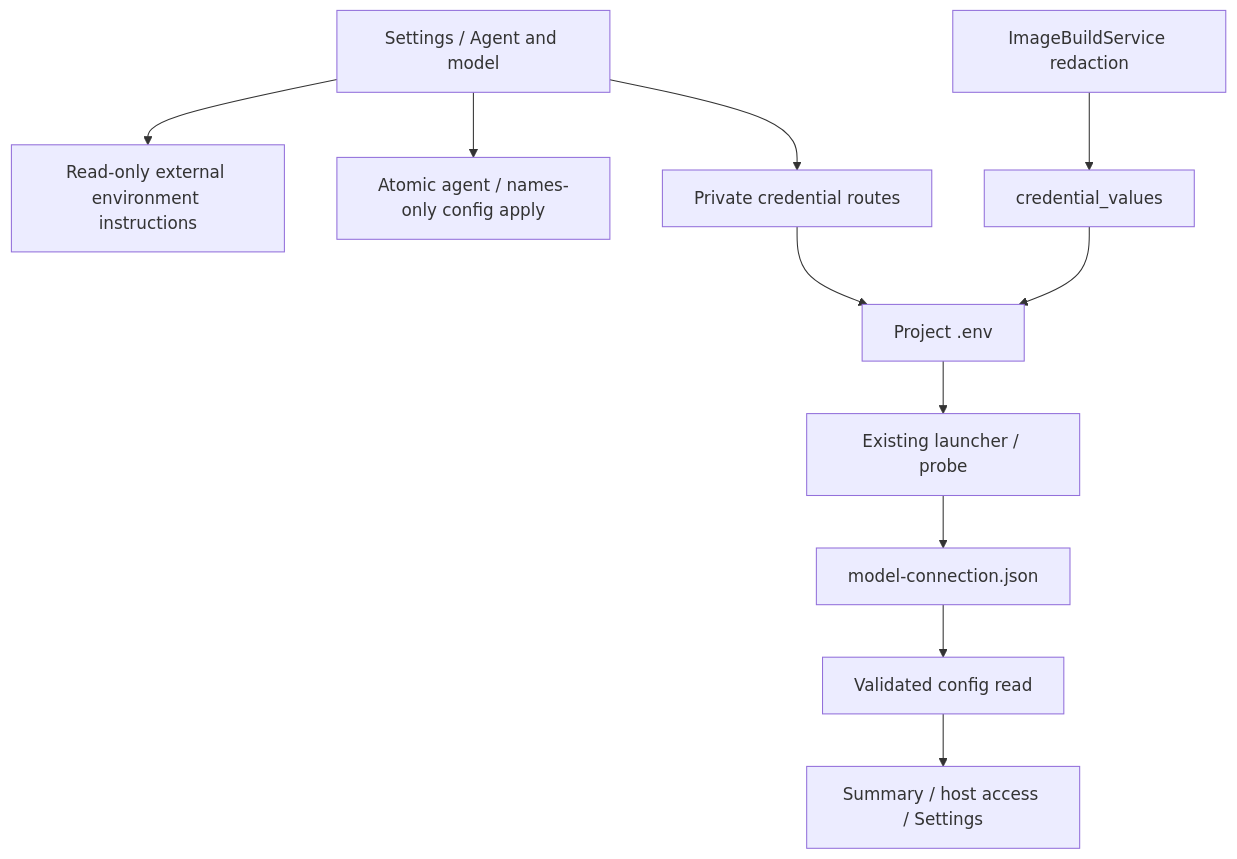
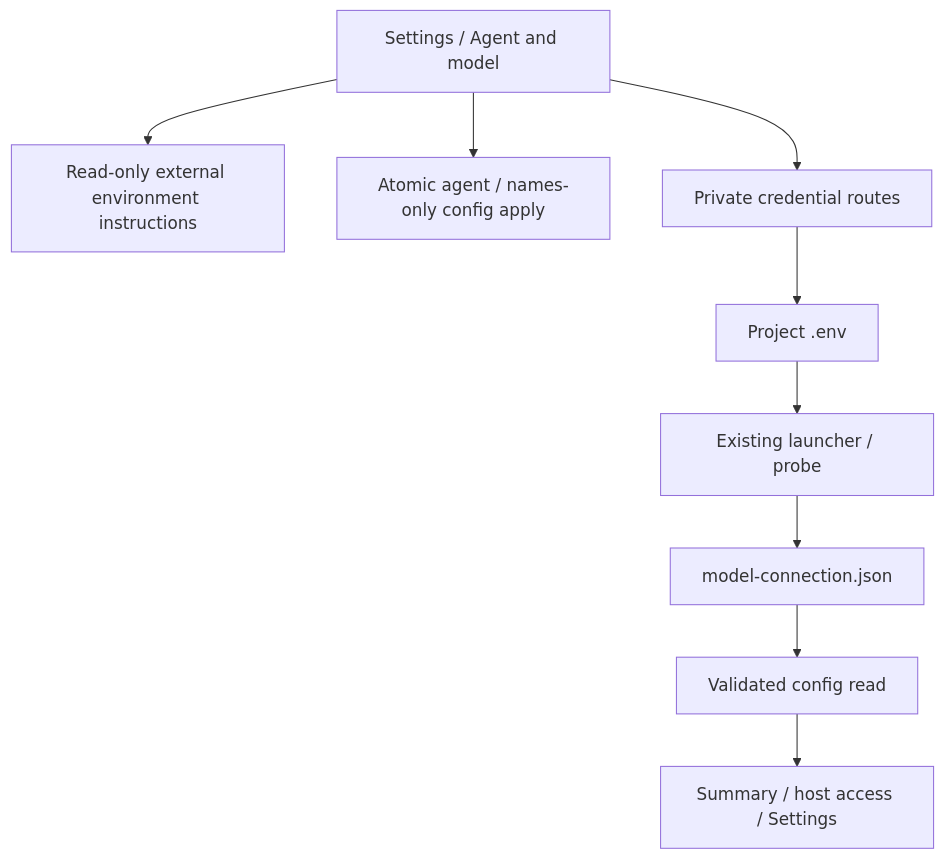
One commit to DDP-Engineering/AgenticDeliveryOrchestratorRuntimeEngine changed the diagram in .agentic/knowledge/executor-configuration.md. Above: the diagram before and after it, drawn with Mermaid. The commit also changed other lines of this file and 162 other files, not shown here.

````diff
--- a/.agentic/knowledge/executor-configuration.md
+++ b/.agentic/knowledge/executor-configuration.md
@@ -48,13 +47,11 @@
 ```mermaid
 flowchart TD
     Tab[Settings / Agent and model] --> Guide[Read-only external environment instructions]
     Tab --> Candidate[Atomic agent / names-only config apply]
     Tab --> Credentials[Private credential routes]
     Credentials --> Env[Project .env]
-    Images[ImageBuildService redaction] --> Reader[credential_values]
-    Reader --> Env
     Env --> Launcher[Existing launcher / probe]
     Launcher --> Evidence[model-connection.json]
     Evidence --> Config[Validated config read]
     Config --> Summary[Summary / host access / Settings]
 ```
````
